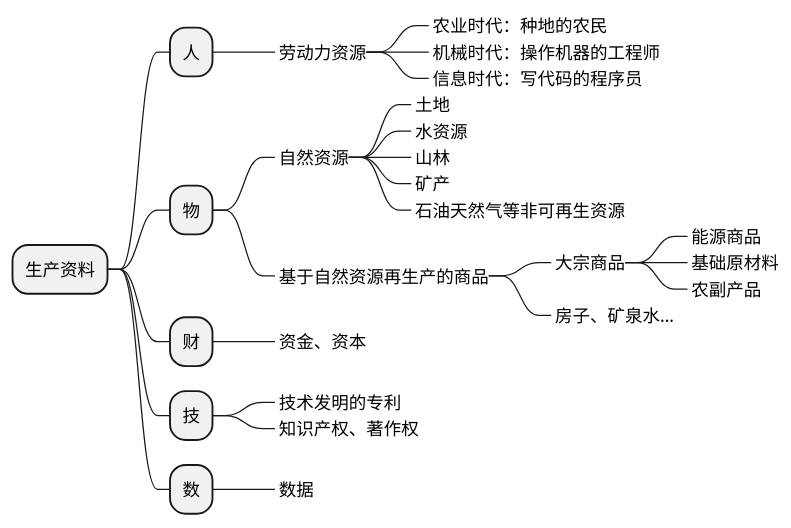
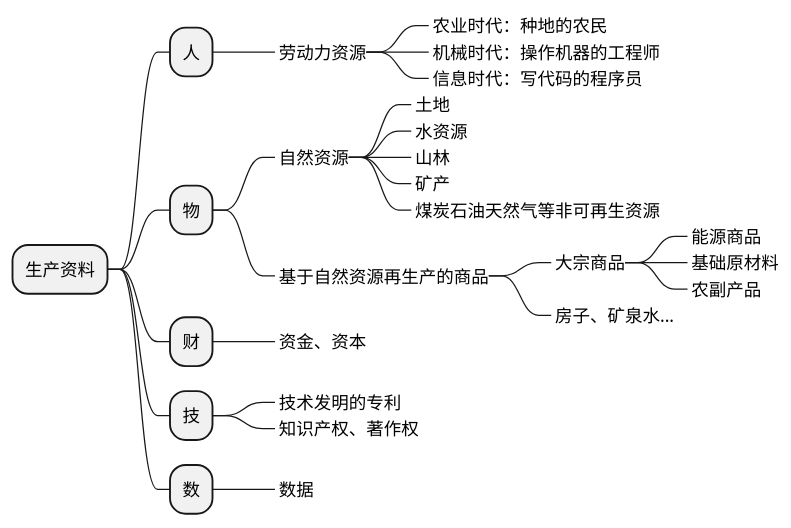
One commit to holmofy/blog.hufeifei.cn changed the diagram in source/_posts/economic/social-and-tax.md. Above: the diagram before and after it, drawn with PlantUML. The commit also changed other lines of this file, not shown here.

````diff
--- a/source/_posts/economic/social-and-tax.md
+++ b/source/_posts/economic/social-and-tax.md
@@ -87,30 +87,30 @@
 ```plantuml
 @startmindmap
 + 生产资料
 ++ 人
 +++_ 劳动力资源
 ++++_ 农业时代：种地的农民
 ++++_ 机械时代：操作机器的工程师
 ++++_ 信息时代：写代码的程序员
 ++ 物
 +++_ 自然资源
 ++++_ 土地
 ++++_ 水资源
 ++++_ 山林
 ++++_ 矿产
-++++_ 石油天然气等非可再生资源
+++++_ 煤炭石油天然气等非可再生资源
 +++_ 基于自然资源再生产的商品
 ++++_ 大宗商品
 +++++_ 能源商品
 +++++_ 基础原材料
 +++++_ 农副产品
 ++++_ 房子、矿泉水...
 ++ 财
 +++_ 资金、资本
 ++ 技
 +++_ 技术发明的专利
 +++_ 知识产权、著作权
 ++ 数
 +++_ 数据
 @endmindmap
 ```
````
